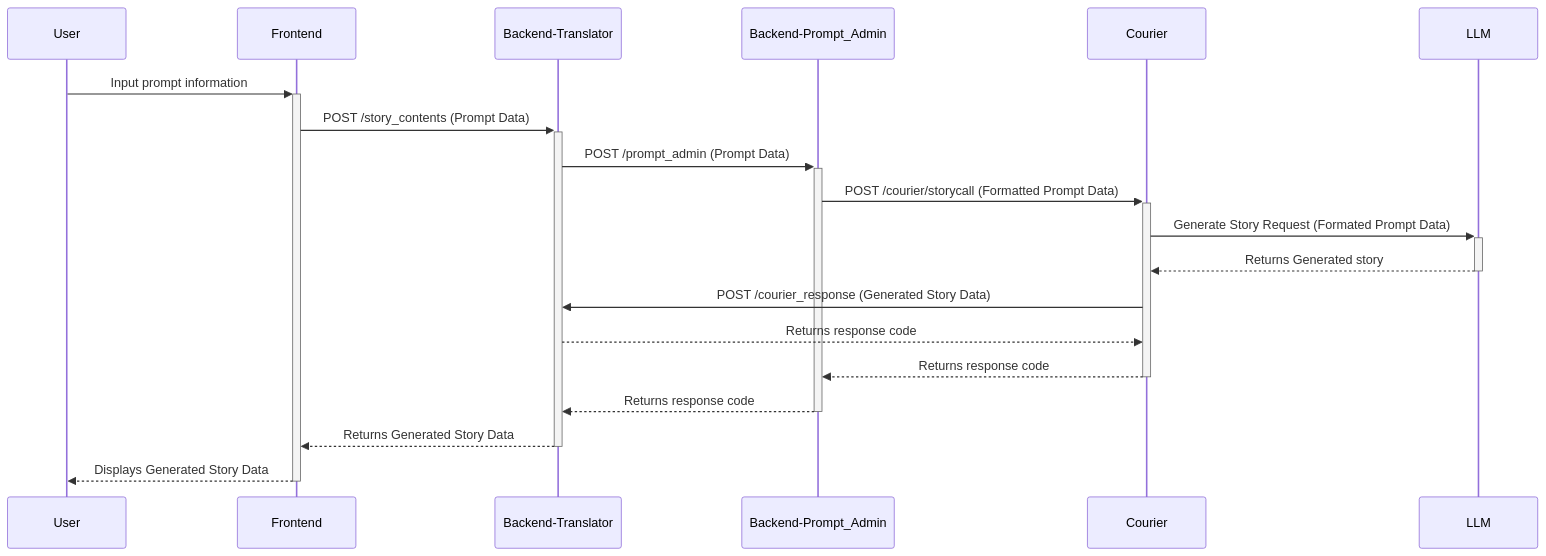
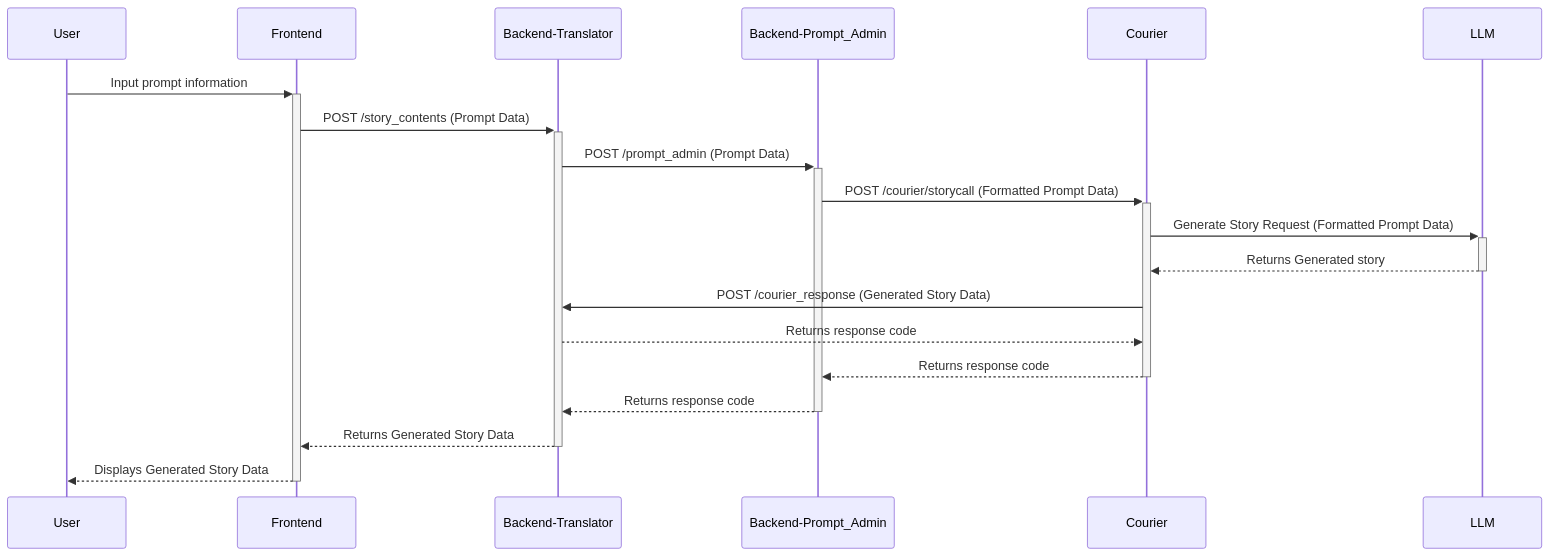
Before and after one commit to Capstone-Projects-2025-Spring/project-003-story-builder-team-1: diagram 11 of 11 in documentation/docs/system-architecture/sequence-diagrams.md, drawn with Mermaid.

Commit message:
Fixed Spelling Errors

````diff
--- a/documentation/docs/system-architecture/sequence-diagrams.md
+++ b/documentation/docs/system-architecture/sequence-diagrams.md
@@ -231,22 +231,22 @@
 ```mermaid
 sequenceDiagram
     participant User
     participant Frontend
     participant Backend-Translator
     participant Backend-Prompt_Admin
     participant Courier
     participant LLM
 
     User->>+Frontend: Input prompt information
     Frontend->>+Backend-Translator: POST /story_contents (Prompt Data)
     Backend-Translator->>+Backend-Prompt_Admin: POST /prompt_admin (Prompt Data)
     Backend-Prompt_Admin->>+Courier: POST /courier/storycall (Formatted Prompt Data)
-    Courier->>+LLM: Generate Story Request (Formated Prompt Data)
+    Courier->>+LLM: Generate Story Request (Formatted Prompt Data)
     LLM-->>-Courier: Returns Generated story
     Courier->>Backend-Translator: POST /courier_response (Generated Story Data) 
     Backend-Translator-->>Courier: Returns response code
     Courier-->>-Backend-Prompt_Admin: Returns response code
     Backend-Prompt_Admin-->>-Backend-Translator: Returns response code
     Backend-Translator-->>-Frontend: Returns Generated Story Data
     Frontend-->>-User: Displays Generated Story Data
 ```
````
